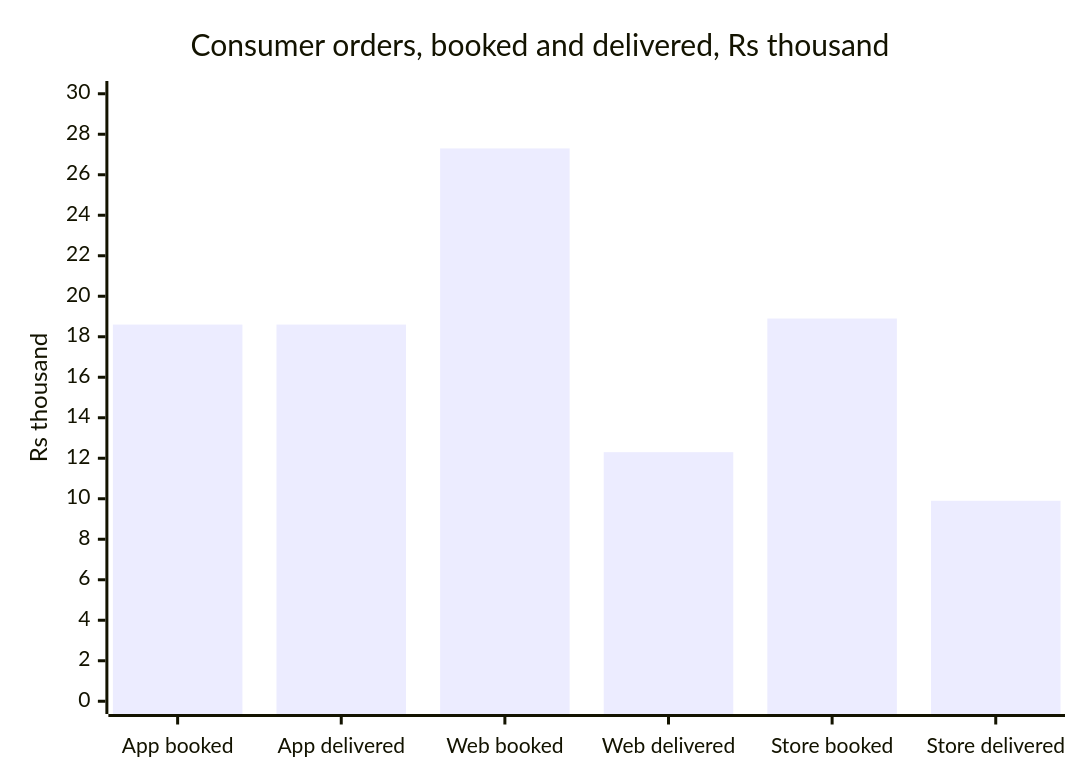
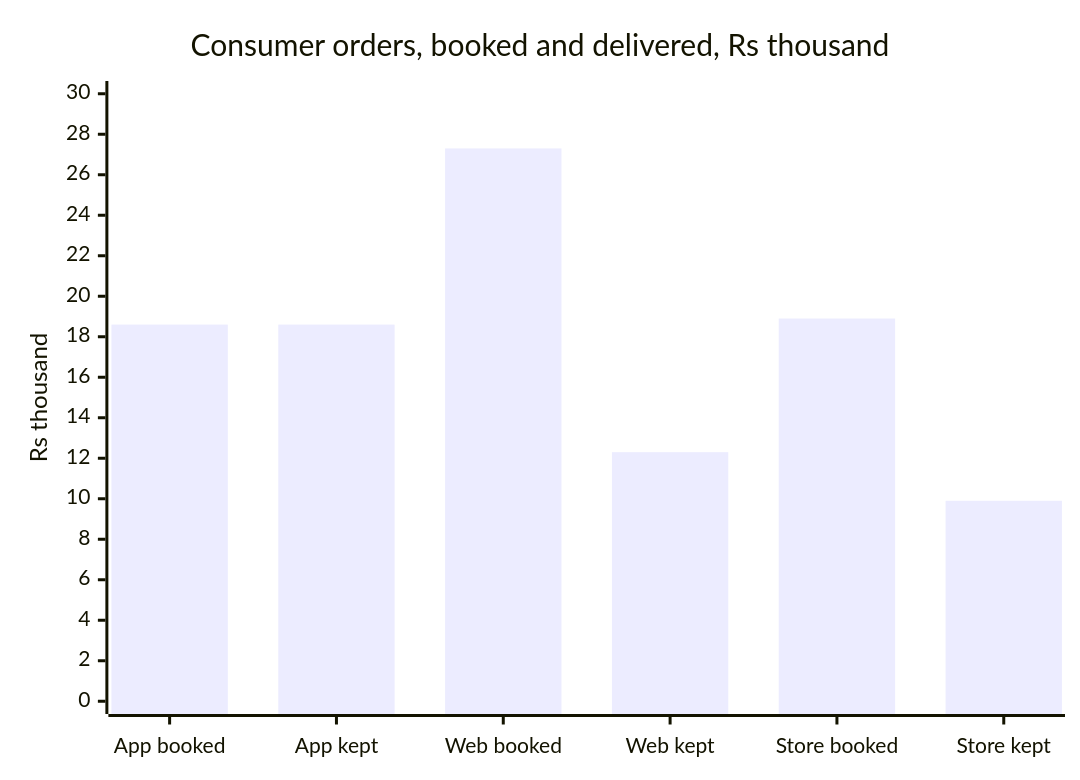
One commit to fde-academy-lab/c2-content-factory changed the eighth of 10 diagrams in content/W01/D1/slides/C2_W01_D01_half2_STUDENT.md. Above: the diagram before and after it, drawn with Mermaid. The commit also changed other lines of this file and 10 other files, not shown here.

````diff
--- a/content/W01/D1/slides/C2_W01_D01_half2_STUDENT.md
+++ b/content/W01/D1/slides/C2_W01_D01_half2_STUDENT.md
@@ -353,7 +571,7 @@
 ```mermaid
 xychart-beta
     title "Consumer orders, booked and delivered, Rs thousand"
-    x-axis ["App booked", "App delivered", "Web booked", "Web delivered", "Store booked", "Store delivered"]
+    x-axis ["App booked", "App kept", "Web booked", "Web kept", "Store booked", "Store kept"]
     y-axis "Rs thousand" 0 --> 30
     bar [18.6, 18.6, 27.3, 12.3, 18.9, 9.9]
 ```
````
